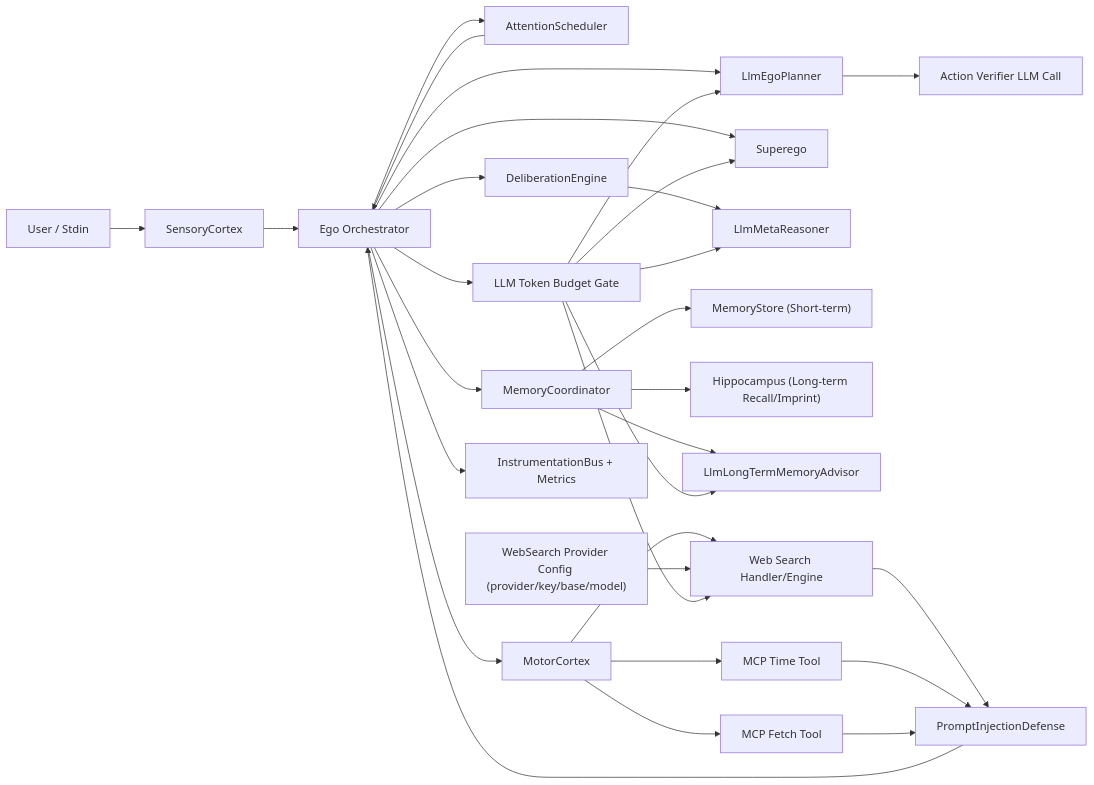
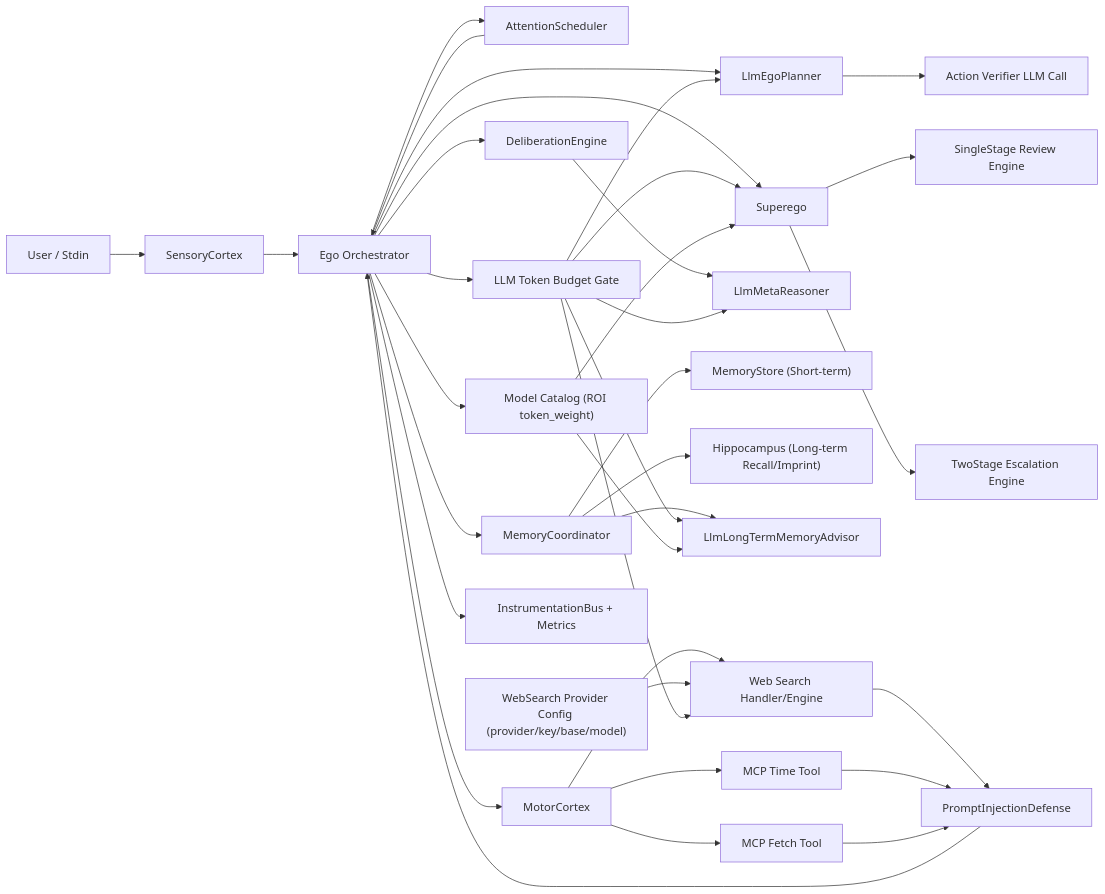
Before and after one commit to neopsyke/NeoPsyke: the first of 6 diagrams in AGENT_LOGIC_DIAGRAM.md, drawn with Mermaid. The commit also changed other lines of this file and 35 other files, not shown here.

````diff
--- a/AGENT_LOGIC_DIAGRAM.md
+++ b/AGENT_LOGIC_DIAGRAM.md
@@ -8,39 +8,44 @@
 ```mermaid
 flowchart LR
     U["User / Stdin"] --> SC["SensoryCortex"]
     SC --> E["Ego Orchestrator"]
 
     E --> AS["AttentionScheduler"]
     AS --> E
 
     E --> P["LlmEgoPlanner"]
     P --> AV["Action Verifier LLM Call"]
     E --> S["Superego"]
+    S --> S1["SingleStage Review Engine"]
+    S --> S2["TwoStage Escalation Engine"]
     E --> M["MotorCortex"]
     E --> BG["LLM Token Budget Gate"]
+    E --> MCat["Model Catalog (ROI token_weight)"]
 
     E --> DE["DeliberationEngine"]
     DE --> MR["LlmMetaReasoner"]
 
     E --> MC["MemoryCoordinator"]
     MC --> MS["MemoryStore (Short-term)"]
     MC --> H["Hippocampus (Long-term Recall/Imprint)"]
     MC --> LTM["LlmLongTermMemoryAdvisor"]
 
     M --> WS["Web Search Handler/Engine"]
     CfgWS["WebSearch Provider Config (provider/key/base/model)"] --> WS
     M --> MT["MCP Time Tool"]
     M --> MF["MCP Fetch Tool"]
     WS --> PID["PromptInjectionDefense"]
     MT --> PID
     MF --> PID
     PID --> E
 
     BG --> P
     BG --> S
     BG --> MR
     BG --> LTM
     BG --> WS
+    MCat --> S
+    MCat --> LTM
 
     E --> I["InstrumentationBus + Metrics"]
 ```
````
